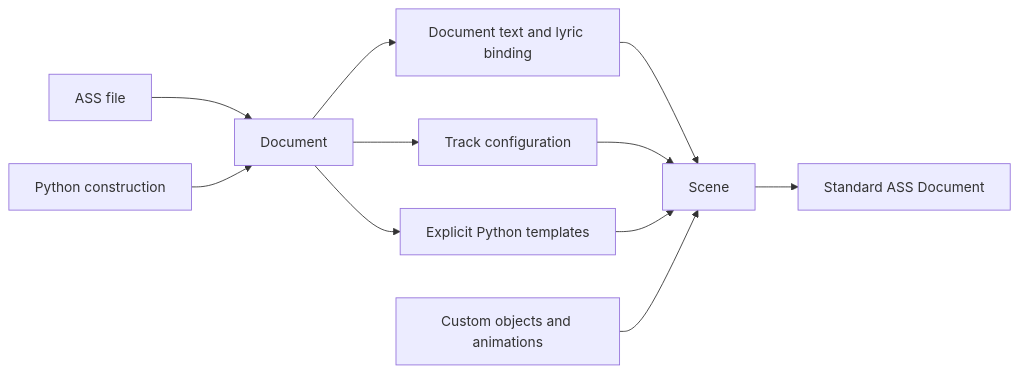
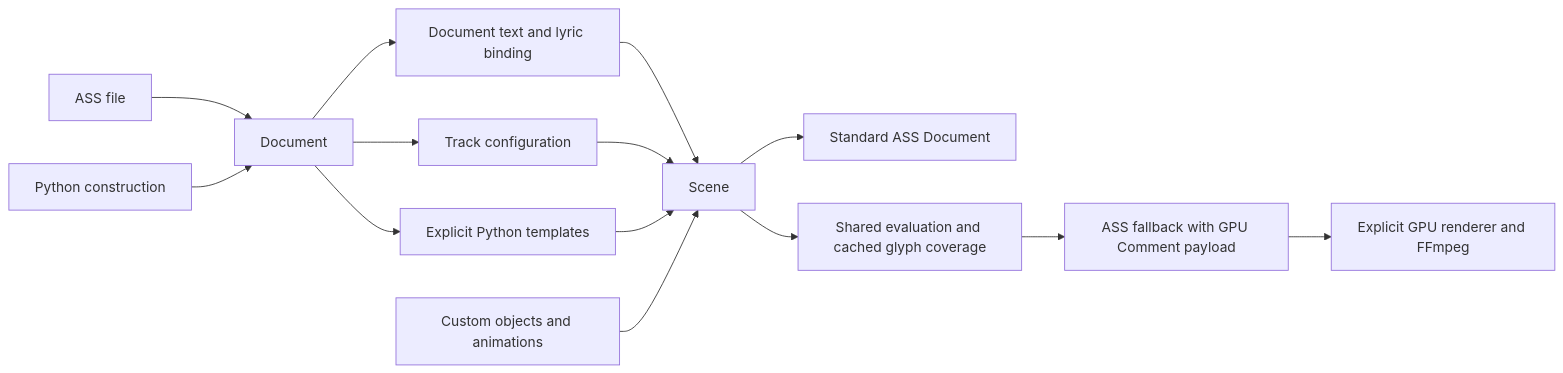
One commit to sitiyou/python-kara-templater changed the diagram in docs/contributing/architecture.md. Above: the diagram before and after it, drawn with Mermaid. The commit also changed other lines of this file and 135 other files, not shown here.

````diff
--- a/docs/contributing/architecture.md
+++ b/docs/contributing/architecture.md
@@ -3,13 +3,16 @@
 ```mermaid
 flowchart LR
     A[ASS file] --> D[Document]
     P[Python construction] --> D
     D --> L[Document text and lyric binding]
     D --> T[Track configuration]
     D --> E[Explicit Python templates]
     L --> S[Scene]
     T --> S
     E --> S
     C[Custom objects and animations] --> S
     S --> O[Standard ASS Document]
+    S --> G[Shared evaluation and cached glyph coverage]
+    G --> EGPU[ASS fallback with GPU Comment payload]
+    EGPU --> R[Explicit GPU renderer and FFmpeg]
 ```
````
